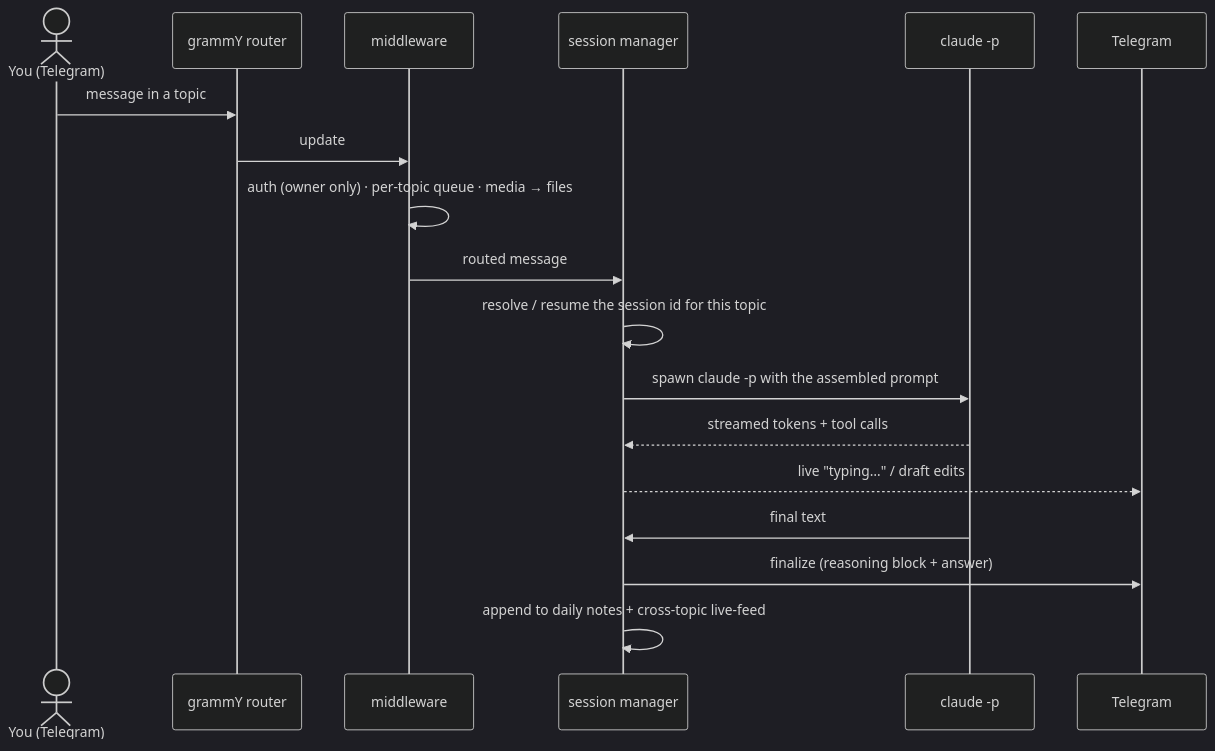
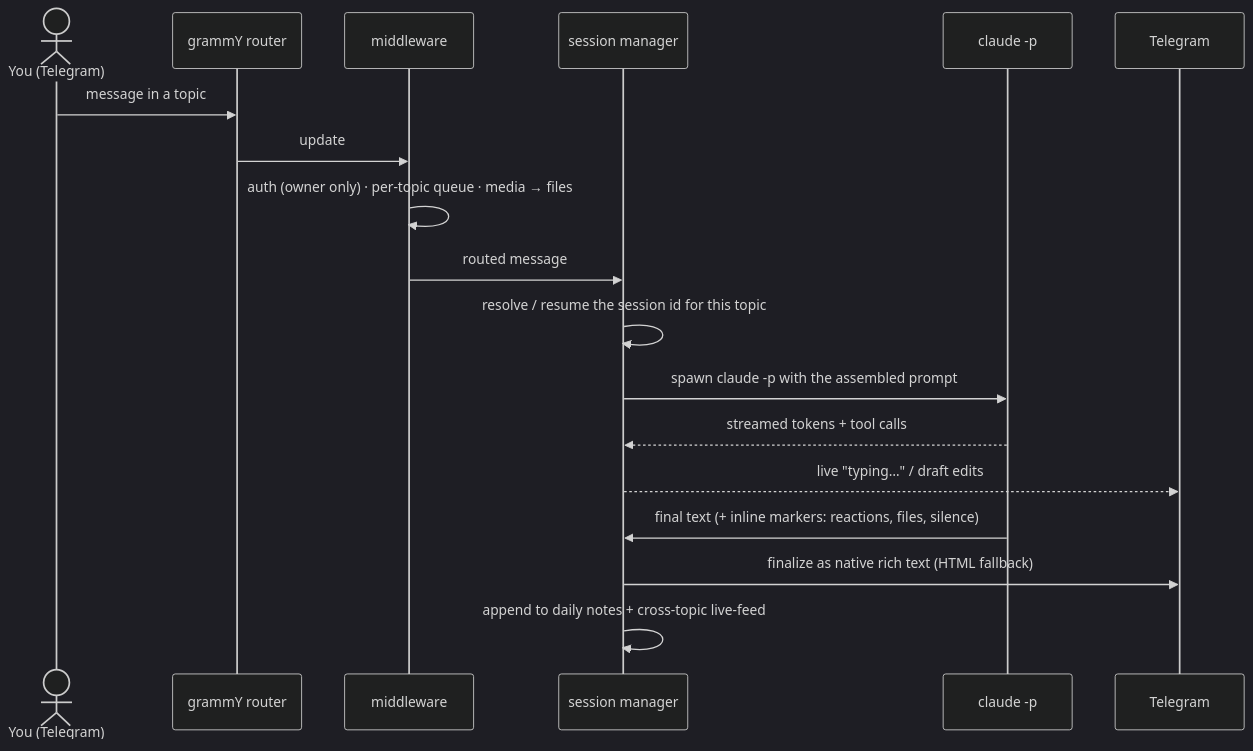
One commit to LuKresXD/claw-skeleton changed the first of 2 diagrams in ARCHITECTURE.md. Above: the diagram before and after it, drawn with Mermaid (dark theme). The commit also changed other lines of this file and 20 other files, not shown here.

First line of the commit message:
Deep refresh: current architecture, CLI toolbelt, + full path sanitization

````diff
--- a/ARCHITECTURE.md
+++ b/ARCHITECTURE.md
@@ -17,21 +22,21 @@
 ```mermaid
 sequenceDiagram
     actor U as You (Telegram)
     participant R as grammY router
     participant MW as middleware
     participant S as session manager
     participant C as claude -p
     participant T as Telegram
 
     U->>R: message in a topic
     R->>MW: update
     MW->>MW: auth (owner only) · per-topic queue · media → files
     MW->>S: routed message
     S->>S: resolve / resume the session id for this topic
     S->>C: spawn claude -p with the assembled prompt
     C-->>S: streamed tokens + tool calls
     S-->>T: live "typing…" / draft edits
-    C->>S: final text
-    S->>T: finalize (reasoning block + answer)
+    C->>S: final text (+ inline markers: reactions, files, silence)
+    S->>T: finalize as native rich text (HTML fallback)
     S->>S: append to daily notes + cross-topic live-feed
 ```
````
